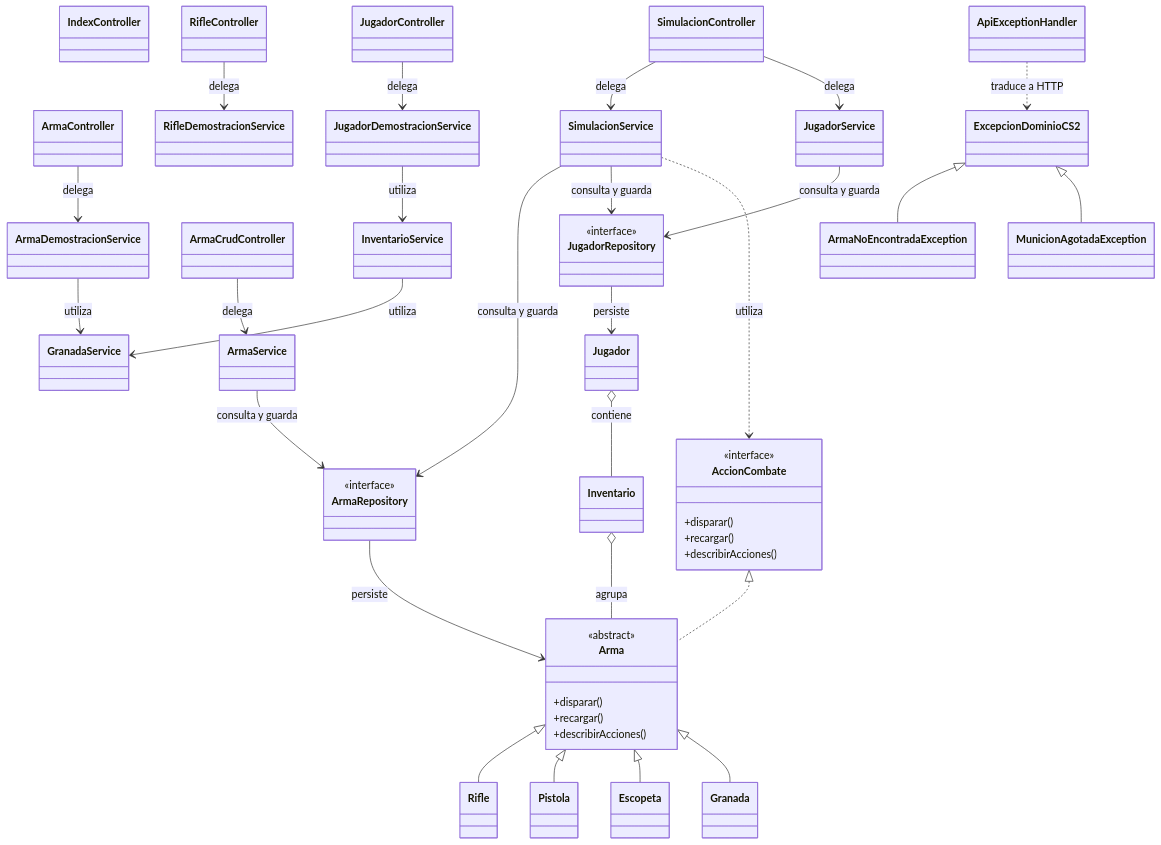
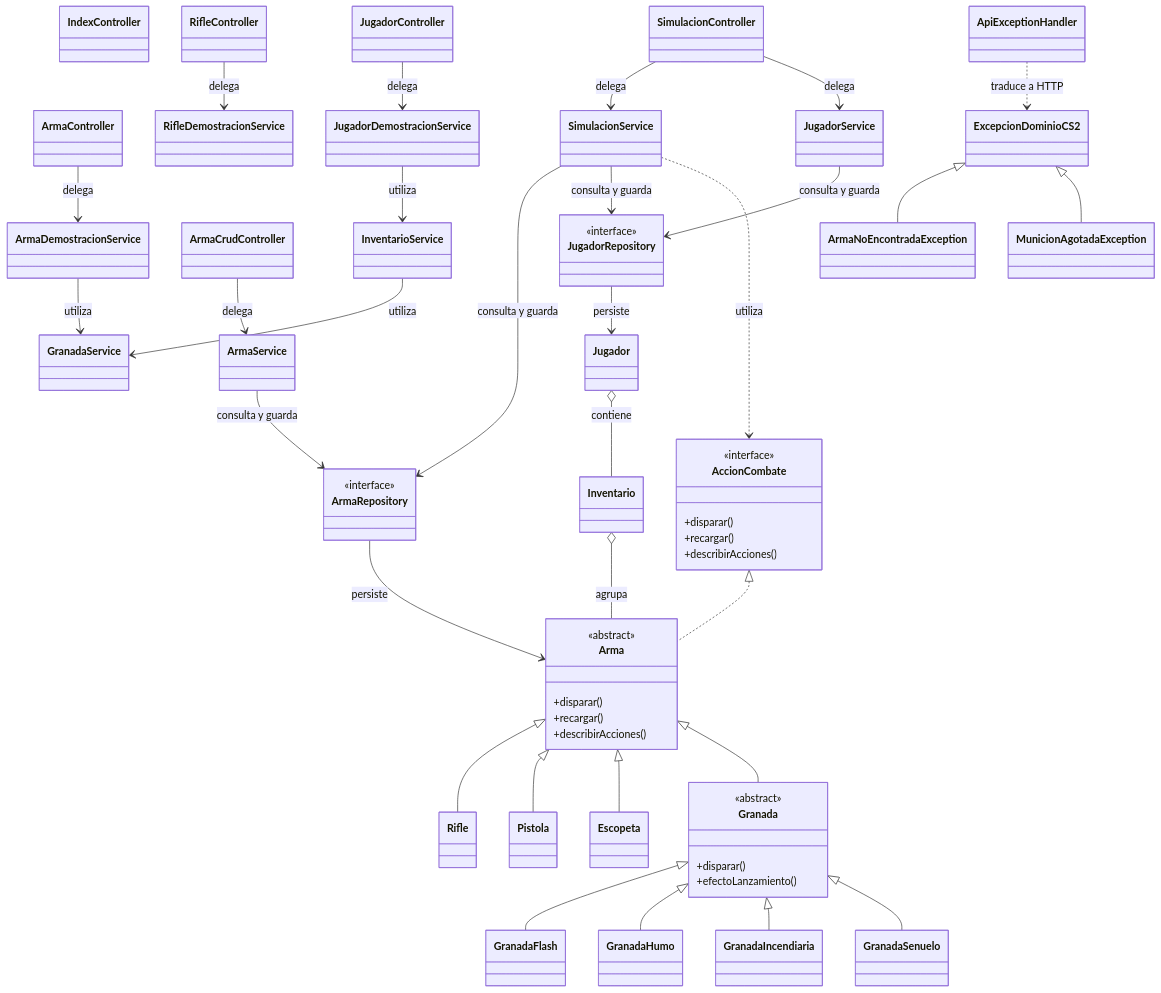
The diagram in README.md (GioMonteggia/SMONTEGGIA-taller-git-2026), drawn with Mermaid before and after one commit.

Commit message:
docs: completar diagrama UML de POO-08

````diff
--- a/README.md
+++ b/README.md
@@ -268,4 +267,5 @@
 ```mermaid
+
 classDiagram
     class Arma {
         <<abstract>>
@@ -273,10 +273,22 @@
         +recargar()
         +describirAcciones()
     }
+
     class Rifle
     class Pistola
     class Escopeta
-    class Granada
+
+    class Granada {
+        <<abstract>>
+        +disparar()
+        +efectoLanzamiento()
+    }
+
+    class GranadaFlash
+    class GranadaHumo
+    class GranadaIncendiaria
+    class GranadaSenuelo
+
     class Jugador
     class Inventario
 
@@ -290,6 +302,7 @@
     class ArmaRepository {
         <<interface>>
     }
+
     class JugadorRepository {
         <<interface>>
     }
@@ -319,6 +332,12 @@
     Arma <|-- Pistola
     Arma <|-- Escopeta
     Arma <|-- Granada
+
+    Granada <|-- GranadaFlash
+    Granada <|-- GranadaHumo
+    Granada <|-- GranadaIncendiaria
+    Granada <|-- GranadaSenuelo
+
     AccionCombate <|.. Arma
 
     Jugador o-- Inventario : contiene
@@ -348,4 +367,5 @@
     ExcepcionDominioCS2 <|-- ArmaNoEncontradaException
     ExcepcionDominioCS2 <|-- MunicionAgotadaException
     ApiExceptionHandler ..> ExcepcionDominioCS2 : traduce a HTTP
+
 ```
````
